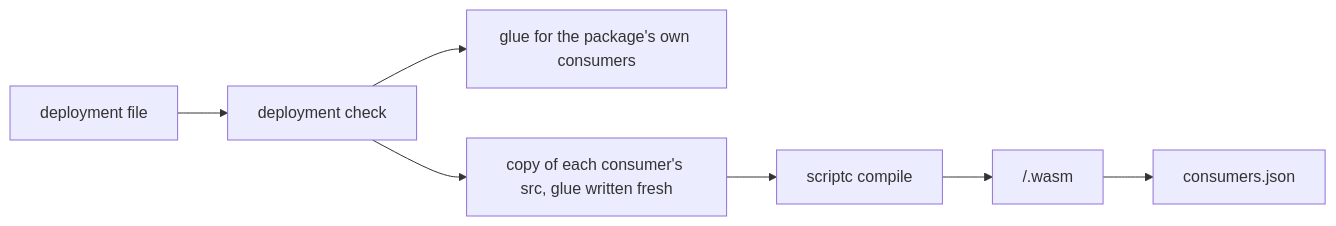
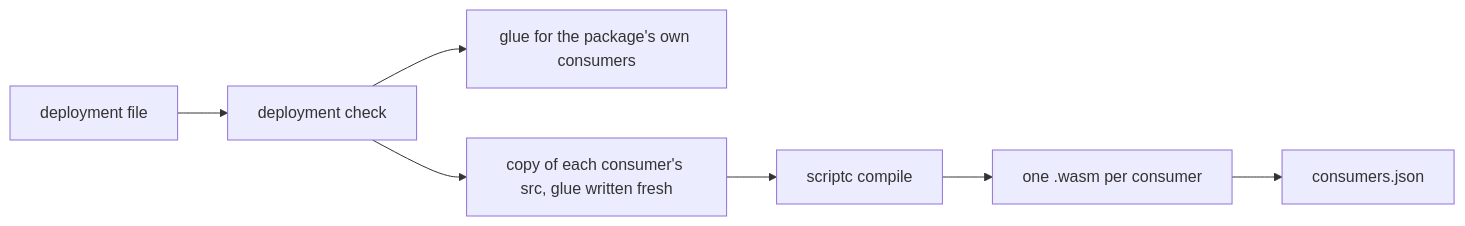
Before and after one commit to zgeoff/pepys: the diagram in docs/architecture/consumers/plug-ins-and-build.md, drawn with Mermaid. The commit also changed 4 other files, not shown here.

Commit message:
docs: restore two dropped reasons and tidy the flow diagrams

````diff
--- a/docs/architecture/consumers/plug-ins-and-build.md
+++ b/docs/architecture/consumers/plug-ins-and-build.md
@@ -10,9 +10,9 @@
 ```mermaid
 flowchart LR
   deployment["deployment file"] --> check["deployment check"]
   check --> glue["glue for the package's own consumers"]
   check --> copy["copy of each consumer's src, glue written fresh"]
   copy --> scriptc["scriptc compile"]
-  scriptc --> modules["<consumer>/<hash>.wasm"]
+  scriptc --> modules["one .wasm per consumer"]
   modules --> manifest["consumers.json"]
 ```
````
